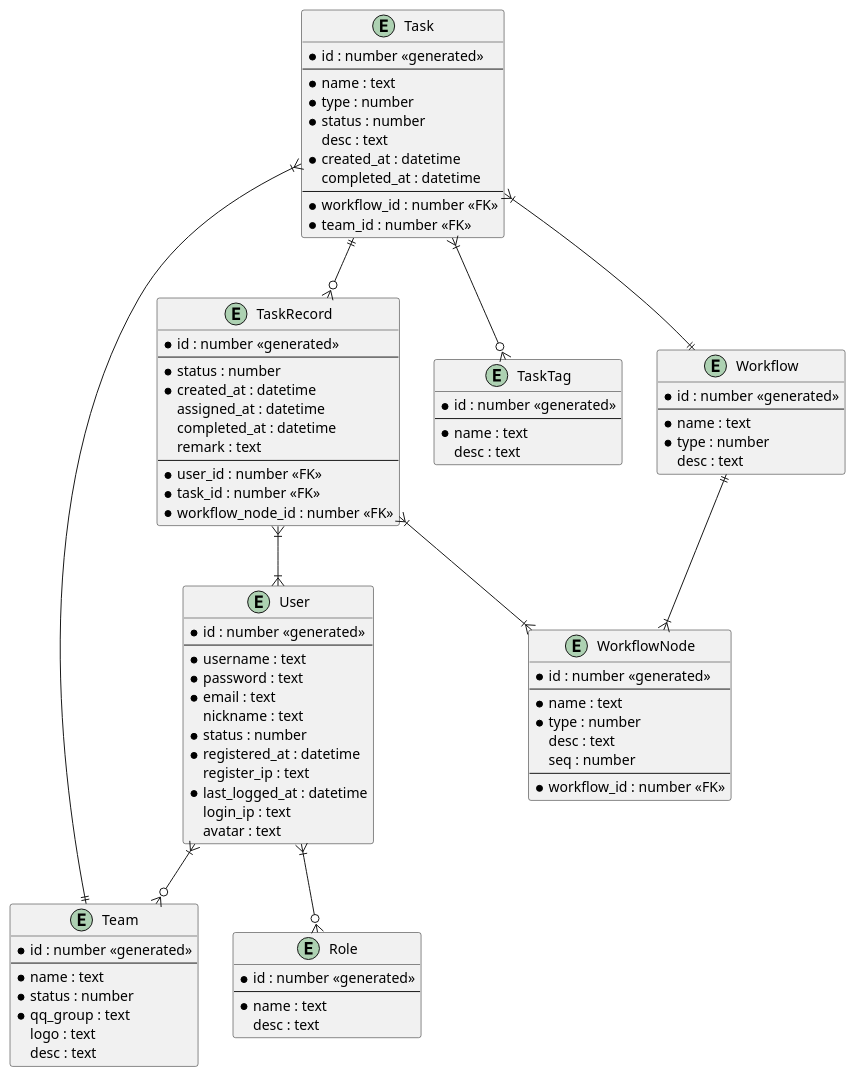
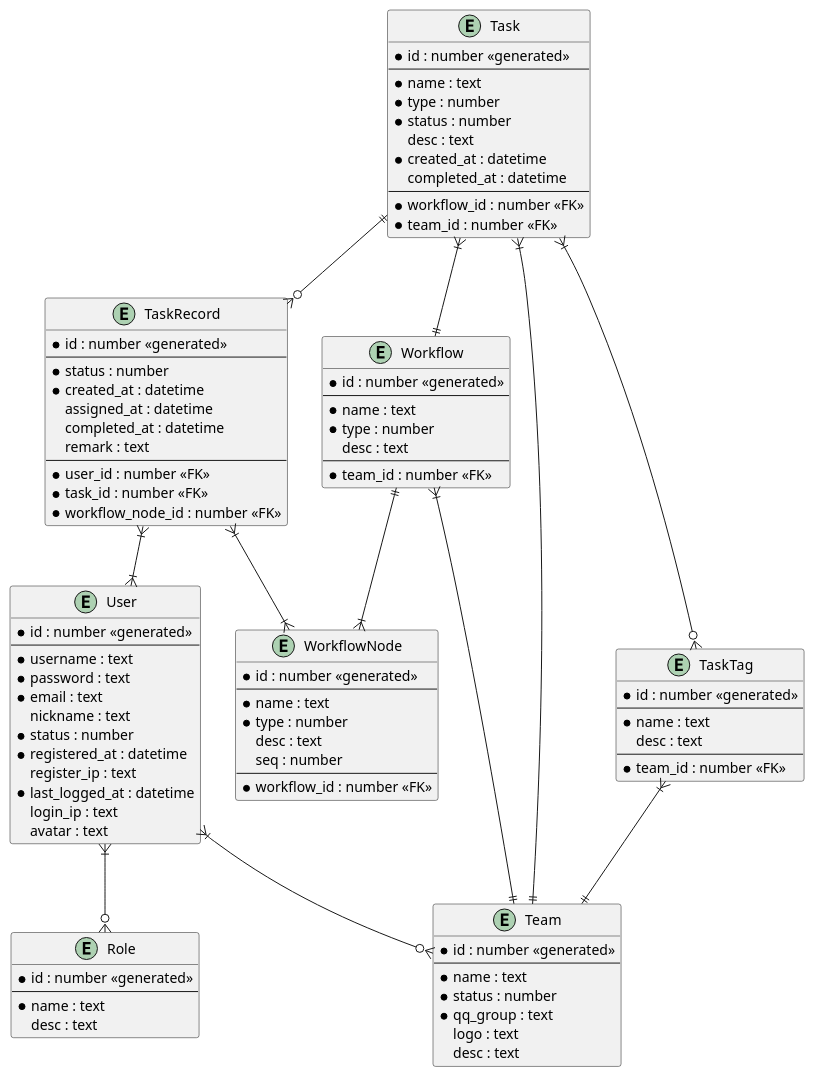
Before and after one commit to PMR-Fansub/subflow-core-go: the diagram in docs/database.puml, drawn with PlantUML.

Commit message:
docs: update the TaskTag definition in database UML

```diff
--- a/docs/database.puml
+++ b/docs/database.puml
@@ -1,105 +1,112 @@
 @startuml
 'https://plantuml.com/class-diagram
 
 entity User {
   * id : number <<generated>>
   ---
   * username : text
   * password : text
   * email : text
   nickname : text
   * status : number
   * registered_at : datetime
   register_ip : text
   * last_logged_at : datetime
   login_ip : text
   avatar : text
 }
 
 entity Role {
   * id : number <<generated>>
   ---
   * name : text
   desc : text
 }
 
 entity Team {
   * id : number <<generated>>
   ---
   * name : text
   * status : number
   * qq_group : text
   logo : text
   desc : text
 }
 
 
 entity Task {
   * id : number <<generated>>
   ---
   * name : text
   * type : number
   * status : number
   desc : text
   * created_at : datetime
   completed_at : datetime
   ---
   * workflow_id : number <<FK>>
   * team_id : number <<FK>>
 }
 
 entity TaskRecord {
   * id : number <<generated>>
   ---
   * status : number
   * created_at : datetime
   assigned_at : datetime
   completed_at : datetime
   remark : text
   ---
   * user_id : number <<FK>>
   * task_id : number <<FK>>
   * workflow_node_id : number <<FK>>
 }
 
 entity TaskTag {
   * id : number <<generated>>
   ---
   * name : text
   desc : text
+  ---
+  * team_id : number <<FK>>
 }
 
 entity Workflow {
   * id : number <<generated>>
   ---
   * name : text
   * type : number
   desc : text
+  ---
+  * team_id : number <<FK>>
 }
 
 entity WorkflowNode {
   * id : number <<generated>>
   ---
   * name : text
   * type : number
   desc : text
   seq : number
   ---
   * workflow_id : number <<FK>>
 }
 
 User }|--o{ Role
 User }|--o{ Team
 
 Workflow ||--|{ WorkflowNode
+Workflow }|--|| Team
 
 Task ||--o{ TaskRecord
 Task }|--|| Workflow
 Task }|--|| Team
 Task }|--o{ TaskTag
 
+TaskTag }|--|| Team
+
 TaskRecord }|--|{ User
 TaskRecord }|--|{ WorkflowNode
 
 
 @enduml
```
